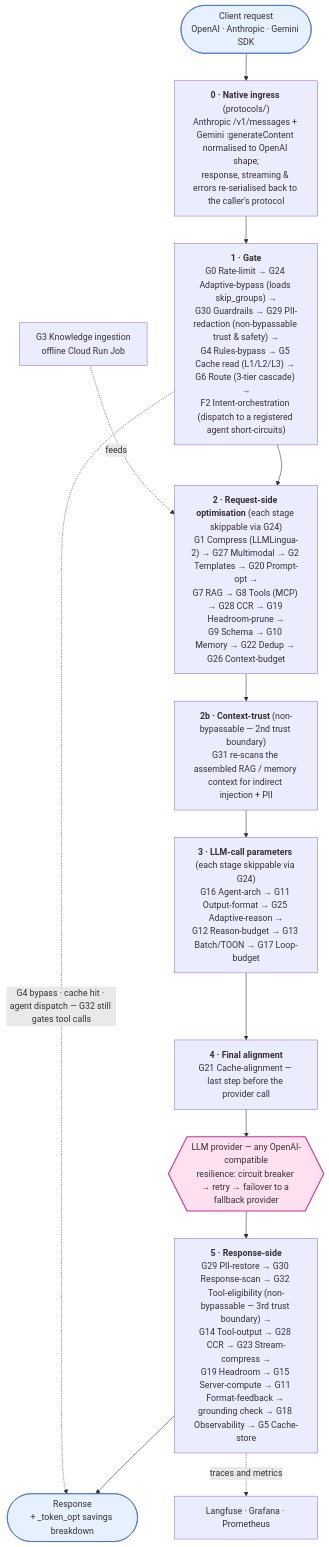
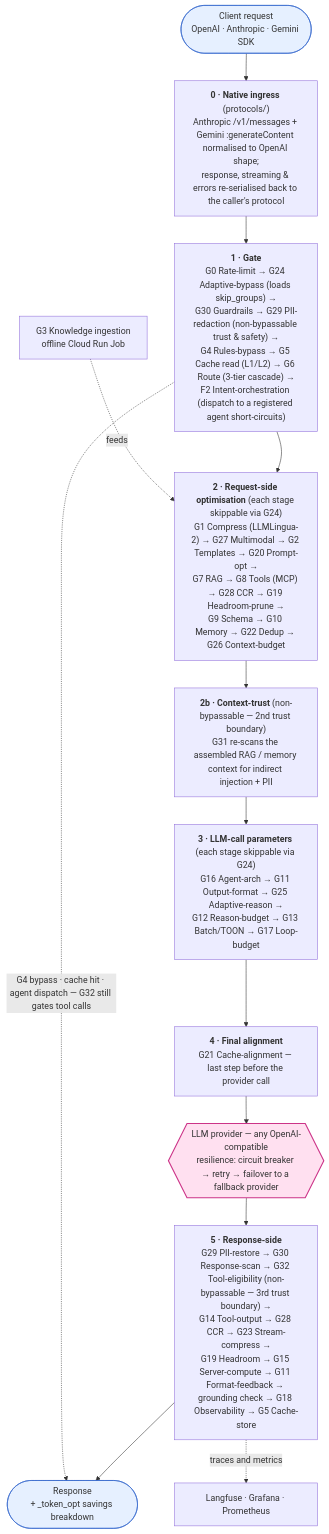
The diagram in README.md (sumitdevgupto/TokenLean), drawn with Mermaid before and after one commit. The commit also changed other lines of this file and 36 other files, not shown here.

````diff
--- a/README.md
+++ b/README.md
@@ -241,53 +242,53 @@
 ```mermaid
 flowchart TB
     Req(["`Client request
     OpenAI · Anthropic · Gemini SDK`"])
 
     Ingress["`**0 · Native ingress** (protocols/)
     Anthropic /v1/messages + Gemini :generateContent normalised to OpenAI shape;
     response, streaming & errors re-serialised back to the caller's protocol`"]
 
     Gate["`**1 · Gate**
     G0 Rate-limit → G24 Adaptive-bypass (loads skip_groups) →
     G30 Guardrails → G29 PII-redaction (non-bypassable trust & safety) →
-    G4 Rules-bypass → G5 Cache read (L1/L2/L3) → G6 Route (3-tier cascade) →
+    G4 Rules-bypass → G5 Cache read (L1/L2) → G6 Route (3-tier cascade) →
     F2 Intent-orchestration (dispatch to a registered agent short-circuits)`"]
 
     ReqOpt["`**2 · Request-side optimisation** (each stage skippable via G24)
     G1 Compress (LLMLingua-2) → G27 Multimodal → G2 Templates → G20 Prompt-opt →
     G7 RAG → G8 Tools (MCP) → G28 CCR → G19 Headroom-prune →
     G9 Schema → G10 Memory → G22 Dedup → G26 Context-budget`"]
 
     CtxTrust["`**2b · Context-trust** (non-bypassable — 2nd trust boundary)
     G31 re-scans the assembled RAG / memory context for indirect injection + PII`"]
 
     Params["`**3 · LLM-call parameters** (each stage skippable via G24)
     G16 Agent-arch → G11 Output-format → G25 Adaptive-reason →
     G12 Reason-budget → G13 Batch/TOON → G17 Loop-budget`"]
 
     Align["`**4 · Final alignment**
     G21 Cache-alignment — last step before the provider call`"]
 
     LLM{{"`LLM provider — any OpenAI-compatible
     resilience: circuit breaker → retry → failover to a fallback provider`"}}
 
     Resp2["`**5 · Response-side**
     G29 PII-restore → G30 Response-scan → G32 Tool-eligibility (non-bypassable — 3rd trust boundary) →
     G14 Tool-output → G28 CCR → G23 Stream-compress →
     G19 Headroom → G15 Server-compute → G11 Format-feedback → grounding check → G18 Observability → G5 Cache-store`"]
 
     Out(["`Response
     + _token_opt savings breakdown`"])
 
     Req --> Ingress --> Gate --> ReqOpt --> CtxTrust --> Params --> Align --> LLM --> Resp2 --> Out
 
     Gate -.->|G4 bypass · cache hit · agent dispatch — G32 still gates tool calls| Out
     Ingest["`G3 Knowledge ingestion
     offline Cloud Run Job`"] -.->|feeds| ReqOpt
     Resp2 -.->|traces and metrics| Dash["Langfuse · Grafana · Prometheus"]
 
     classDef llm fill:#ffe0f0,stroke:#cc3388,stroke-width:2px;
     classDef io fill:#e6f0ff,stroke:#3366cc;
     class LLM llm;
     class Req,Out io;
 ```
````
